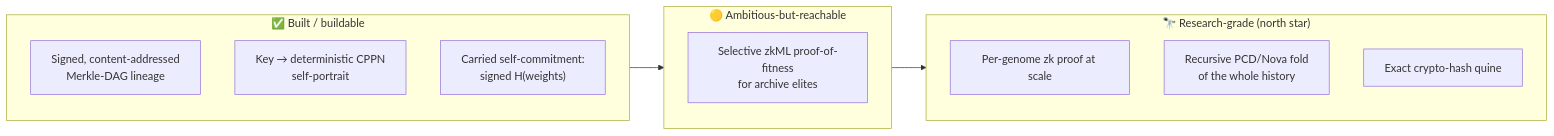
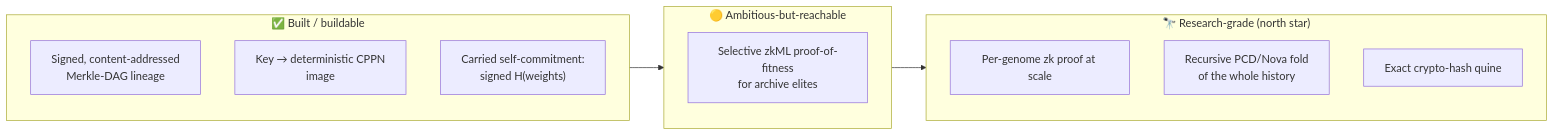
Before and after one commit to admiralakber/autograph: the second of 2 diagrams in docs/notes/cryptography.md, drawn with Mermaid. The commit also changed other lines of this file and 20 other files, not shown here.

````diff
--- a/docs/notes/cryptography.md
+++ b/docs/notes/cryptography.md
@@ -109,17 +109,17 @@
 ```mermaid
 flowchart LR
   subgraph BUILT["✅ Built / buildable"]
     W1["Signed, content-addressed<br/>Merkle-DAG lineage"]
-    W2["Key → deterministic CPPN<br/>self-portrait"]
+    W2["Key → deterministic CPPN<br/>image"]
     W3["Carried self-commitment:<br/>signed H(weights)"]
   end
   subgraph MEDIUM["🟡 Ambitious-but-reachable"]
     Mx["Selective zkML proof-of-fitness<br/>for archive elites"]
   end
   subgraph RESEARCH["🔭 Research-grade (north star)"]
     R1["Per-genome zk proof at scale"]
     R2["Recursive PCD/Nova fold<br/>of the whole history"]
     R3["Exact crypto-hash quine"]
   end
   BUILT --> MEDIUM --> RESEARCH
 ```
````
